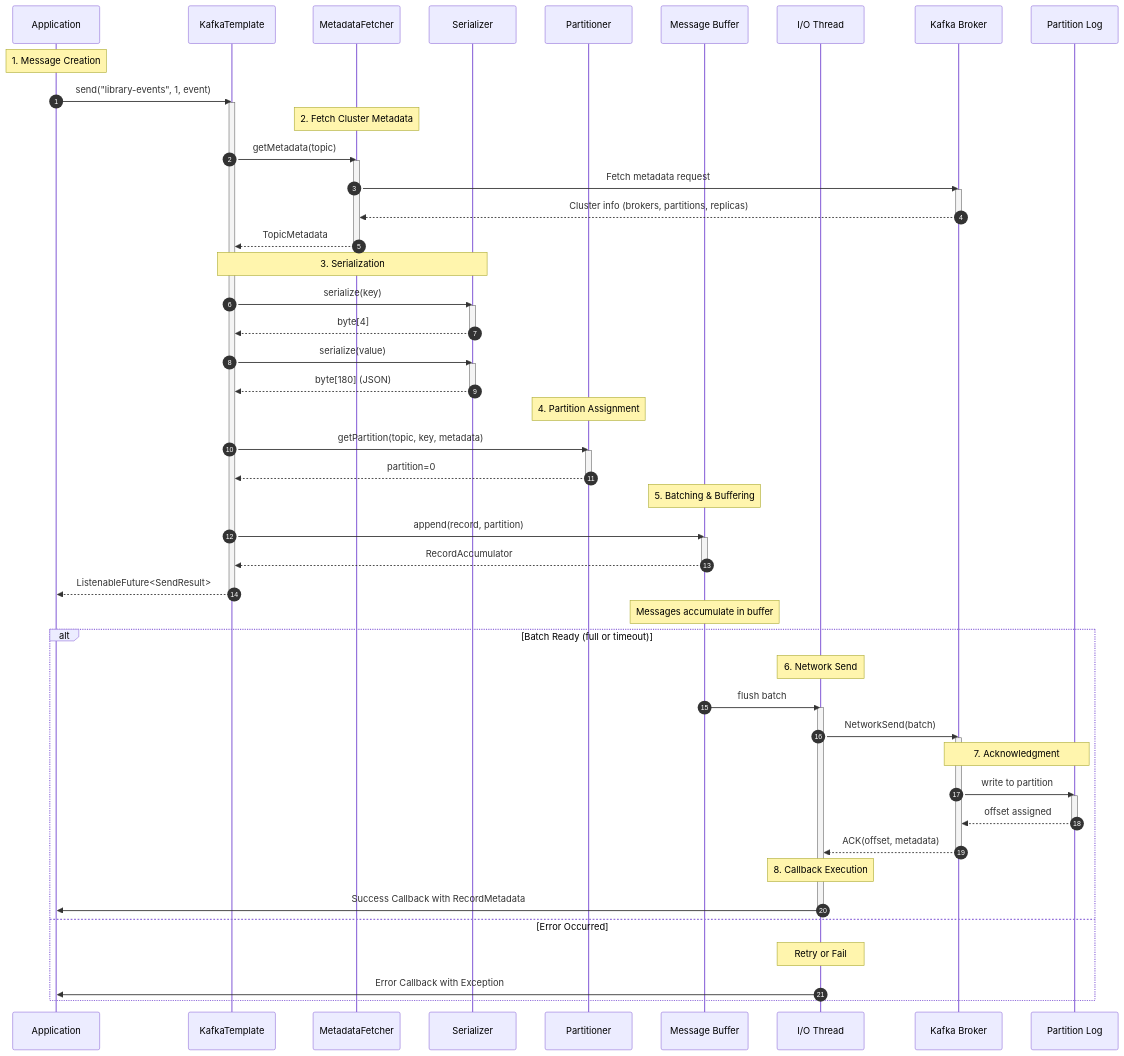
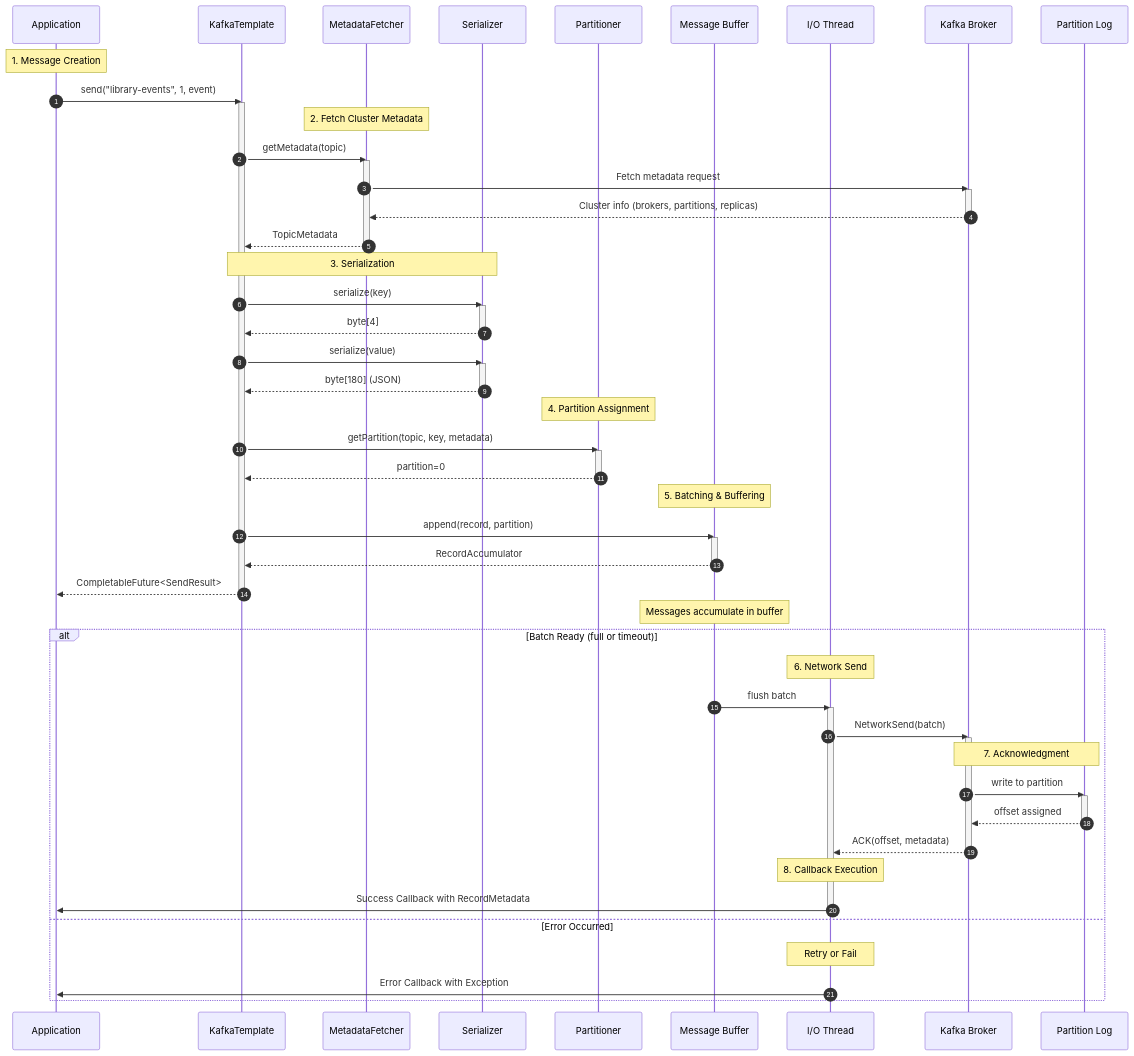
The second of 17 diagrams in library-events-producer-v2/docs/4_KAFKA_TEMPLATE_GUIDE.md (dilipsundarraj1/kafka-for-developers-using-spring-boot-v2), drawn with Mermaid before and after one commit. The commit also changed other lines of this file, not shown here.

Commit message:
feat: update KafkaTemplate documentation to reflect CompletableFuture usage

````diff
--- a/library-events-producer-v2/docs/4_KAFKA_TEMPLATE_GUIDE.md
+++ b/library-events-producer-v2/docs/4_KAFKA_TEMPLATE_GUIDE.md
@@ -185,76 +185,76 @@
 ```mermaid
 sequenceDiagram
     autonumber
     participant App as Application
     participant KT as KafkaTemplate
     participant Metadata as MetadataFetcher
     participant Ser as Serializer
     participant Part as Partitioner
     participant Buffer as Message Buffer
     participant IO as I/O Thread
     participant Broker as Kafka Broker
     participant Log as Partition Log
     
     Note over App: 1. Message Creation
     App->>KT: send("library-events", 1, event)
     activate KT
     
     Note over Metadata: 2. Fetch Cluster Metadata
     KT->>Metadata: getMetadata(topic)
     activate Metadata
     Metadata->>Broker: Fetch metadata request
     activate Broker
     Broker-->>Metadata: Cluster info (brokers, partitions, replicas)
     deactivate Broker
     Metadata-->>KT: TopicMetadata
     deactivate Metadata
     
     Note over KT,Ser: 3. Serialization
     KT->>Ser: serialize(key)
     activate Ser
     Ser-->>KT: byte[4]
     deactivate Ser
     KT->>Ser: serialize(value)
     activate Ser
     Ser-->>KT: byte[180] (JSON)
     deactivate Ser
     
     Note over Part: 4. Partition Assignment
     KT->>Part: getPartition(topic, key, metadata)
     activate Part
     Part-->>KT: partition=0
     deactivate Part
     
     Note over Buffer: 5. Batching & Buffering
     KT->>Buffer: append(record, partition)
     activate Buffer
     Buffer-->>KT: RecordAccumulator
     deactivate Buffer
-    KT-->>App: ListenableFuture<SendResult>
+    KT-->>App: CompletableFuture<SendResult>
     deactivate KT
     
     Note over Buffer: Messages accumulate in buffer
     
     alt Batch Ready (full or timeout)
         Note over IO: 6. Network Send
         Buffer->>IO: flush batch
         activate IO
         IO->>Broker: NetworkSend(batch)
         activate Broker
         
         Note over Broker,Log: 7. Acknowledgment
         Broker->>Log: write to partition
         activate Log
         Log-->>Broker: offset assigned
         deactivate Log
         Broker-->>IO: ACK(offset, metadata)
         deactivate Broker
         
         Note over IO: 8. Callback Execution
         IO->>App: Success Callback with RecordMetadata
         deactivate IO
     else Error Occurred
         Note over IO: Retry or Fail
         IO->>App: Error Callback with Exception
     end
 ```
````
